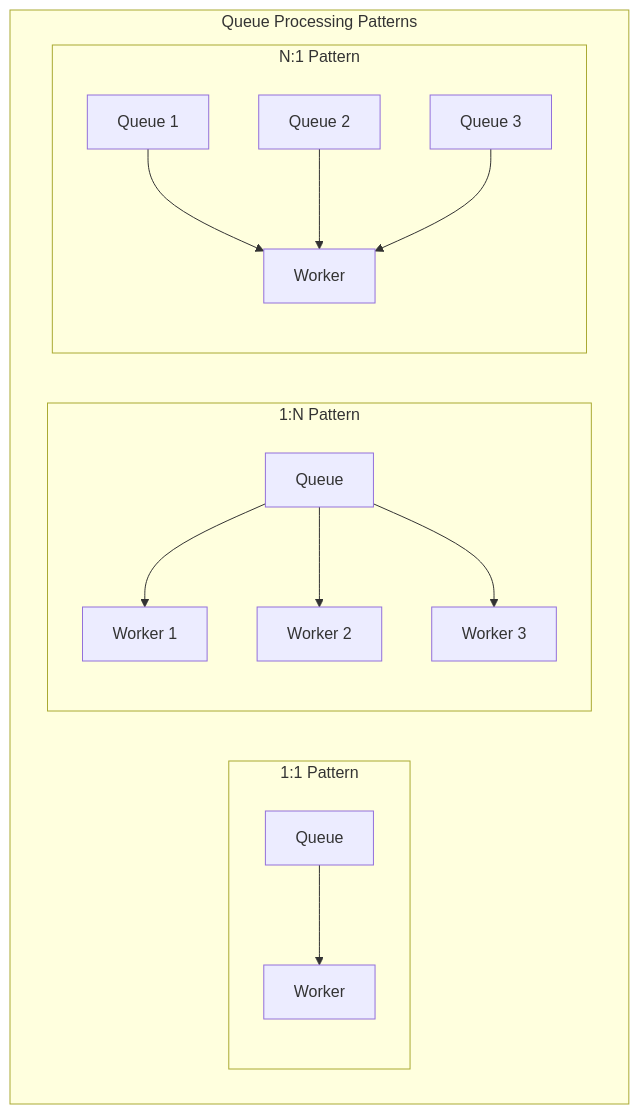
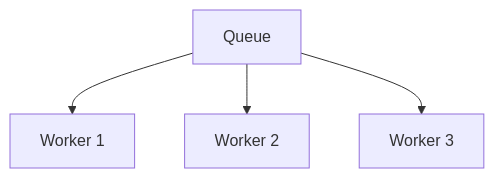
One commit to tonglam/letletme_data changed the third of 8 diagrams in documentation/design/Queue_Layer_Design.md. Above: the diagram before and after it, drawn with Mermaid. The commit also changed other lines of this file and 15 other files, not shown here.

````diff
--- a/documentation/design/Queue_Layer_Design.md
+++ b/documentation/design/Queue_Layer_Design.md
@@ -94,20 +81,6 @@
 ```mermaid
-graph TB
-    subgraph "Queue Processing Patterns"
-        subgraph "1:1 Pattern"
-            Q1[Queue] --> W1[Worker]
-        end
-
-        subgraph "1:N Pattern"
-            Q2[Queue] --> W2_1[Worker 1]
-            Q2 --> W2_2[Worker 2]
-            Q2 --> W2_3[Worker 3]
-        end
-
-        subgraph "N:1 Pattern"
-            Q3_1[Queue 1] --> W3[Worker]
-            Q3_2[Queue 2] --> W3
-            Q3_3[Queue 3] --> W3
-        end
-    end
+graph TD
+    Q[Queue] --> W1[Worker 1]
+    Q --> W2[Worker 2]
+    Q --> W3[Worker 3]
 ```
````
